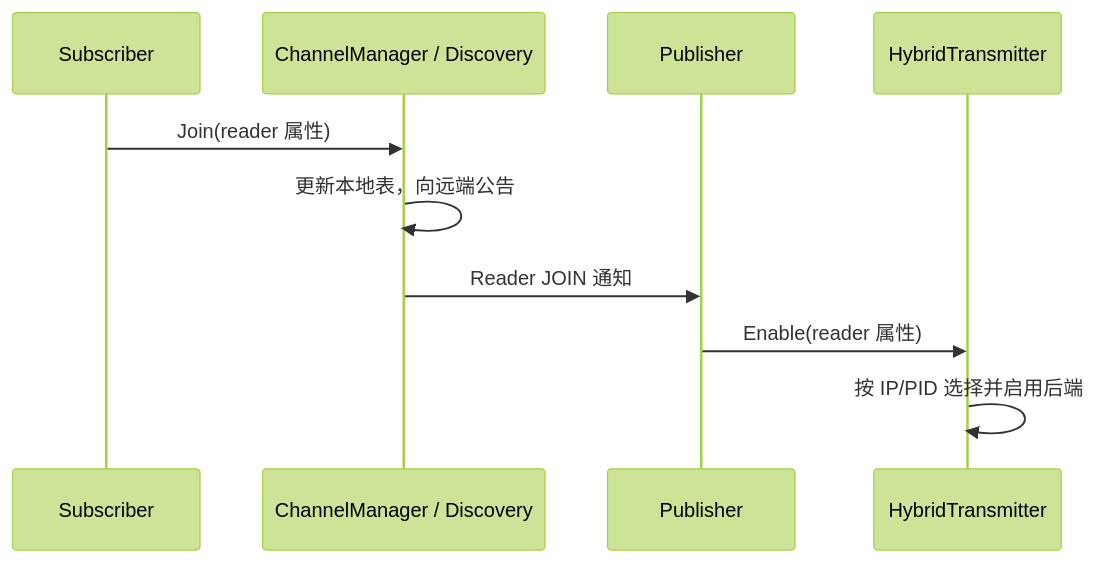
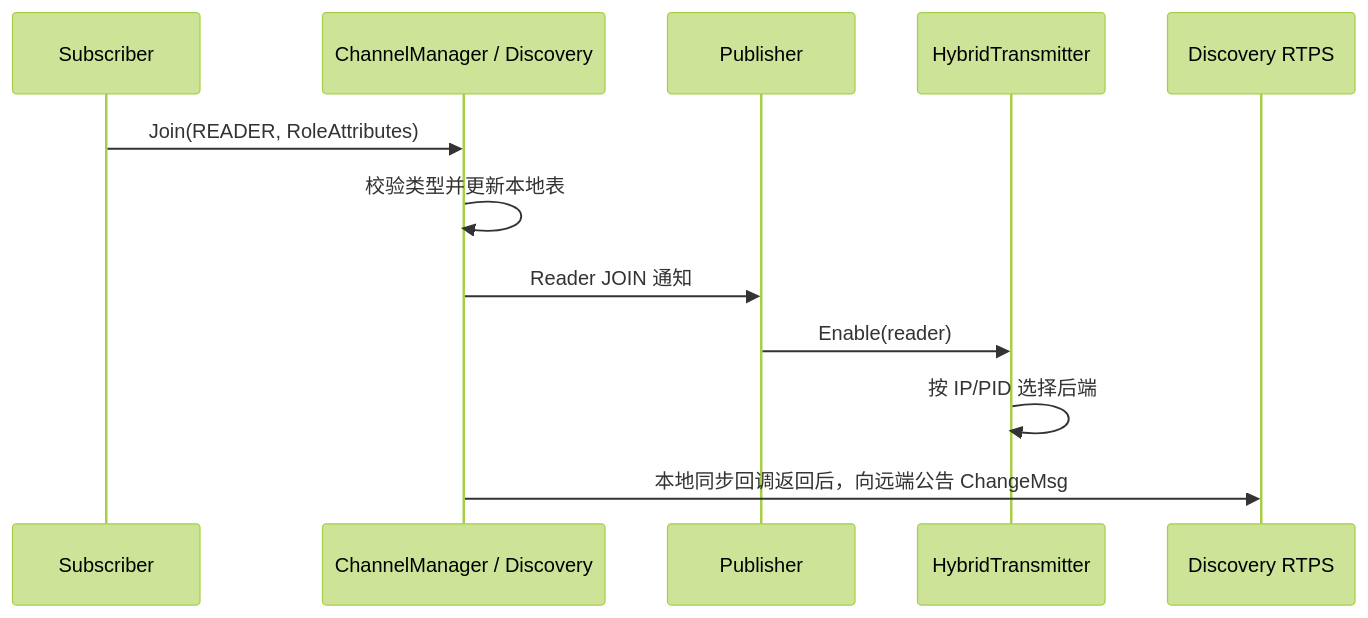
Before and after one commit to jzh03/cpp_MINI-CyberRT: the first of 2 diagrams in doc/topology.md, drawn with Mermaid (forest theme). The commit also changed other lines of this file and 13 other files, not shown here.

````diff
--- a/doc/topology.md
+++ b/doc/topology.md
@@ -9,12 +8,14 @@
 ```mermaid
 sequenceDiagram
     participant S as Subscriber
     participant D as ChannelManager / Discovery
     participant P as Publisher
     participant H as HybridTransmitter
-    S->>D: Join(reader 属性)
-    D->>D: 更新本地表，向远端公告
+    participant R as Discovery RTPS
+    S->>D: Join(READER, RoleAttributes)
+    D->>D: 校验类型并更新本地表
     D->>P: Reader JOIN 通知
-    P->>H: Enable(reader 属性)
-    H->>H: 按 IP/PID 选择并启用后端
+    P->>H: Enable(reader)
+    H->>H: 按 IP/PID 选择后端
+    D->>R: 本地同步回调返回后，向远端公告 ChangeMsg
 ```
````
